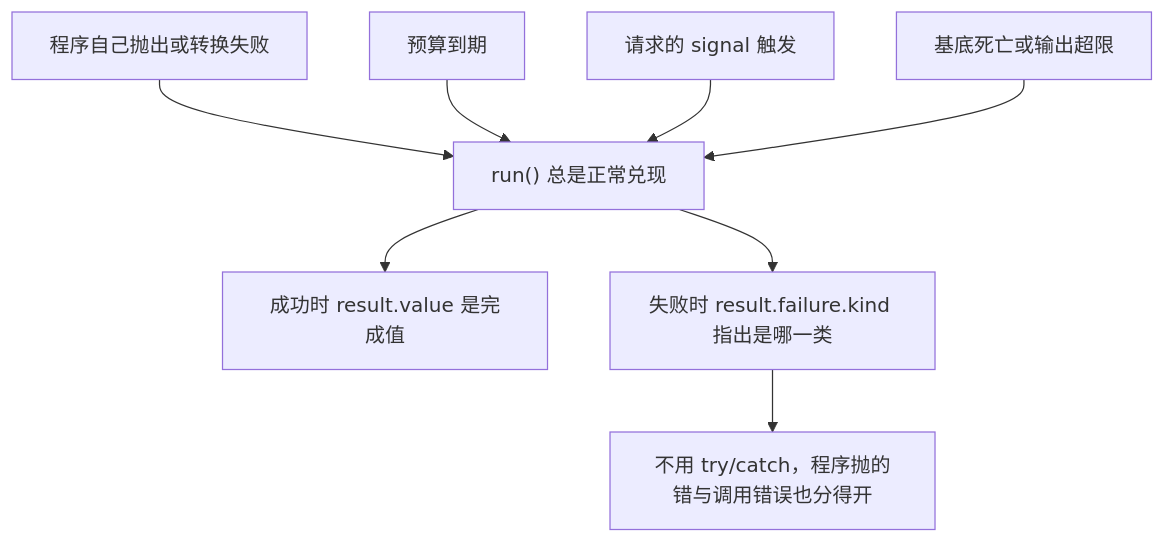
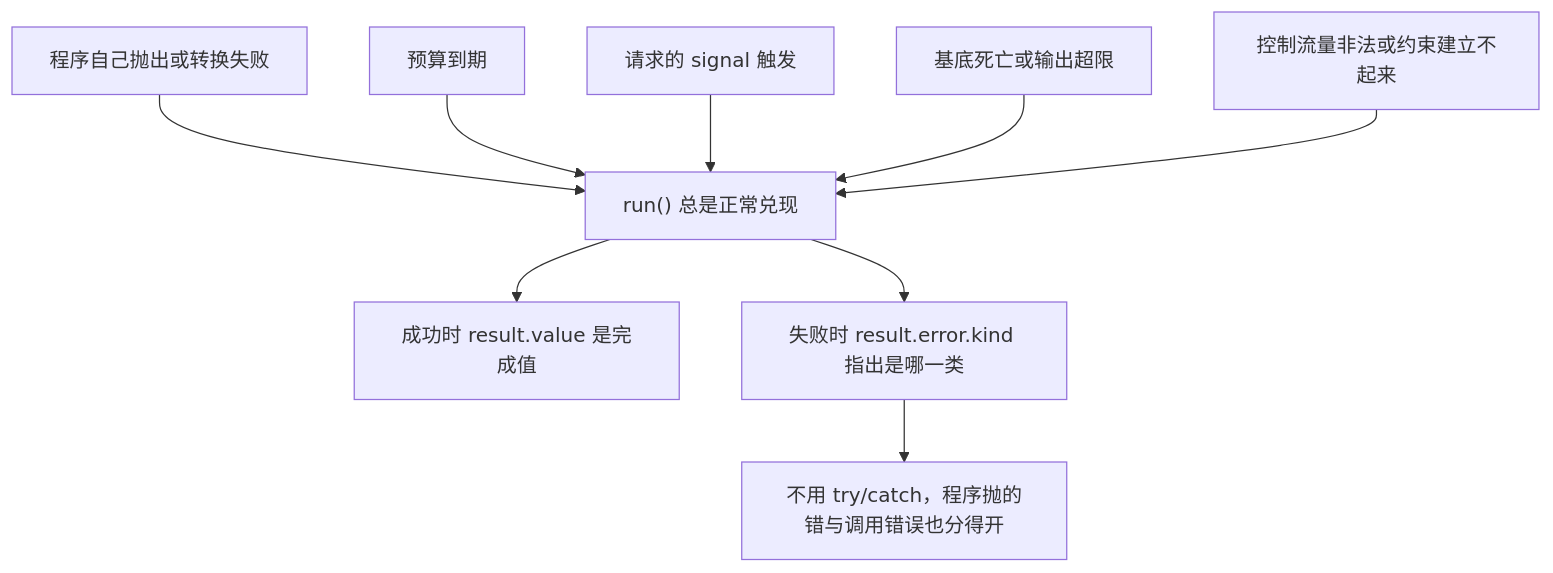
Before and after one commit to anthonyzhao-4926/blog: the second of 3 diagrams in dsh 插件开发学习/33-代码执行环境的接入.md, drawn with Mermaid. The commit also changed other lines of this file and 84 other files, not shown here.

````diff
--- a/dsh 插件开发学习/33-代码执行环境的接入.md
+++ b/dsh 插件开发学习/33-代码执行环境的接入.md
@@ -129,10 +168,11 @@
 ```mermaid
 flowchart TD
     A["程序自己抛出或转换失败"] --> R["run() 总是正常兑现"]
     B["预算到期"] --> R
     C["请求的 signal 触发"] --> R
     D["基底死亡或输出超限"] --> R
+    E["控制流量非法或约束建立不起来"] --> R
     R --> V["成功时 result.value 是完成值"]
-    R --> F["失败时 result.failure.kind 指出是哪一类"]
+    R --> F["失败时 result.error.kind 指出是哪一类"]
     F --> K["不用 try/catch，程序抛的错与调用错误也分得开"]
 ```
````
